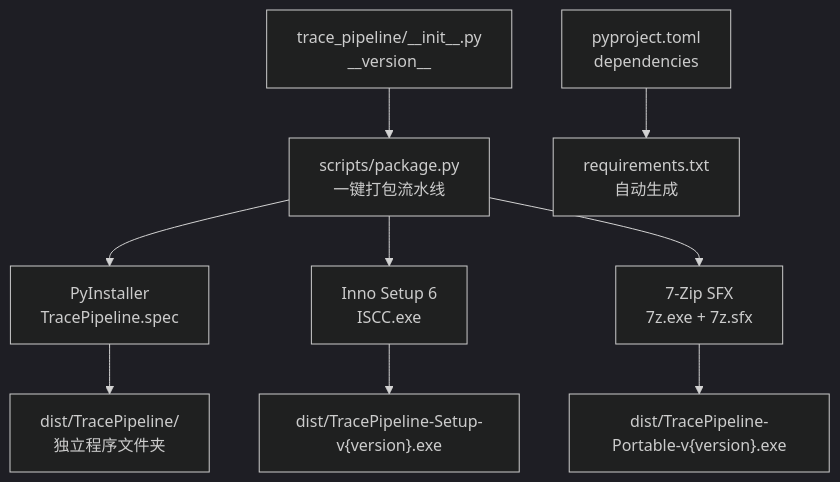
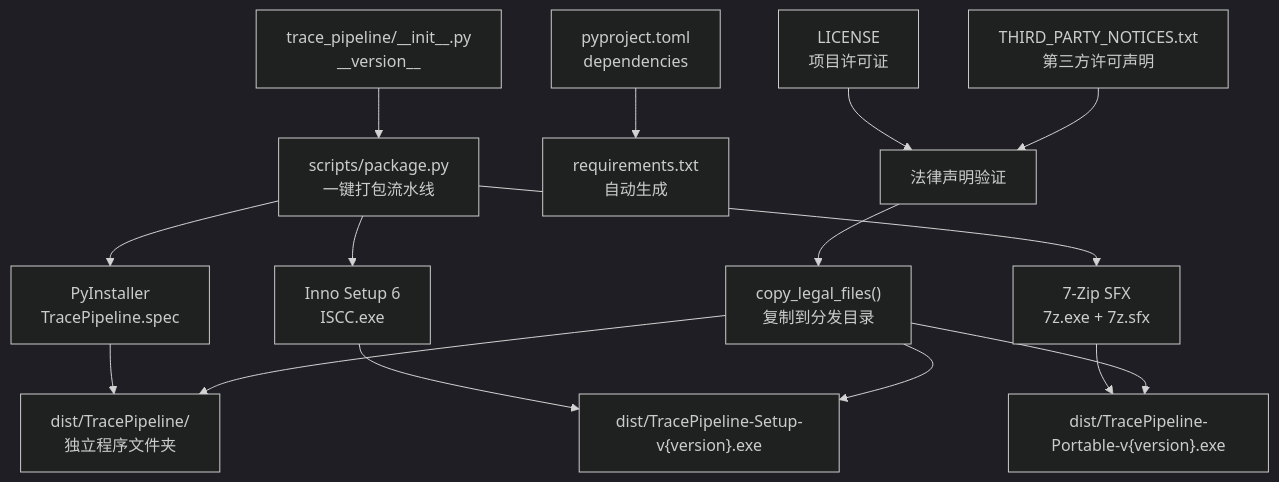
The first of 10 diagrams in .qoder/repowiki/zh/content/高级主题/打包分发.md (zylyes/TracePipeline), drawn with Mermaid (dark theme) before and after one commit. The commit also changed other lines of this file and 20 other files, not shown here.

````diff
--- a/.qoder/repowiki/zh/content/高级主题/打包分发.md
+++ b/.qoder/repowiki/zh/content/高级主题/打包分发.md
@@ -54,11 +66,17 @@
 ```mermaid
 graph TB
 A["scripts/package.py<br/>一键打包流水线"] --> B["PyInstaller<br/>TracePipeline.spec"]
 A --> C["Inno Setup 6<br/>ISCC.exe"]
 A --> D["7-Zip SFX<br/>7z.exe + 7z.sfx"]
 B --> E["dist/TracePipeline/<br/>独立程序文件夹"]
 C --> F["dist/TracePipeline-Setup-v{version}.exe"]
 D --> G["dist/TracePipeline-Portable-v{version}.exe"]
 H["trace_pipeline/__init__.py<br/>__version__"] --> A
 I["pyproject.toml<br/>dependencies"] --> J["requirements.txt<br/>自动生成"]
+K["LICENSE<br/>项目许可证"] --> L["法律声明验证"]
+M["THIRD_PARTY_NOTICES.txt<br/>第三方许可声明"] --> L
+L --> N["copy_legal_files()<br/>复制到分发目录"]
+N --> E
+N --> F
+N --> G
 ```
````
